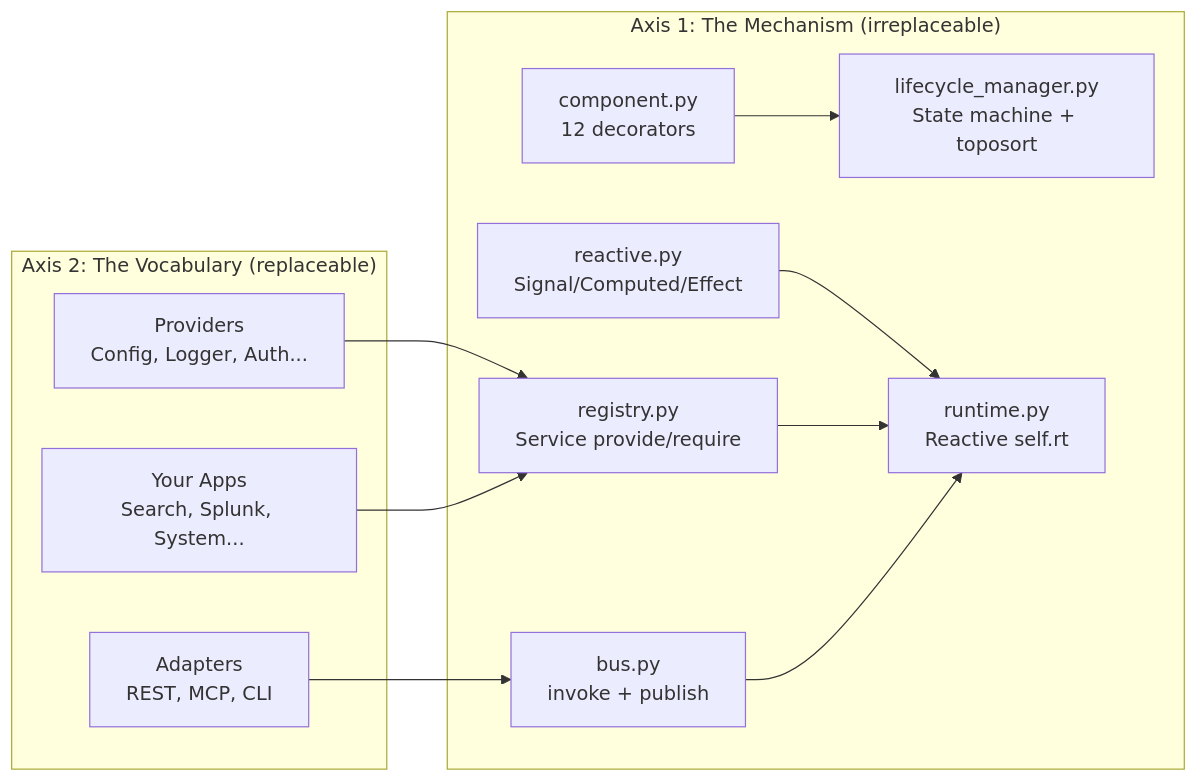
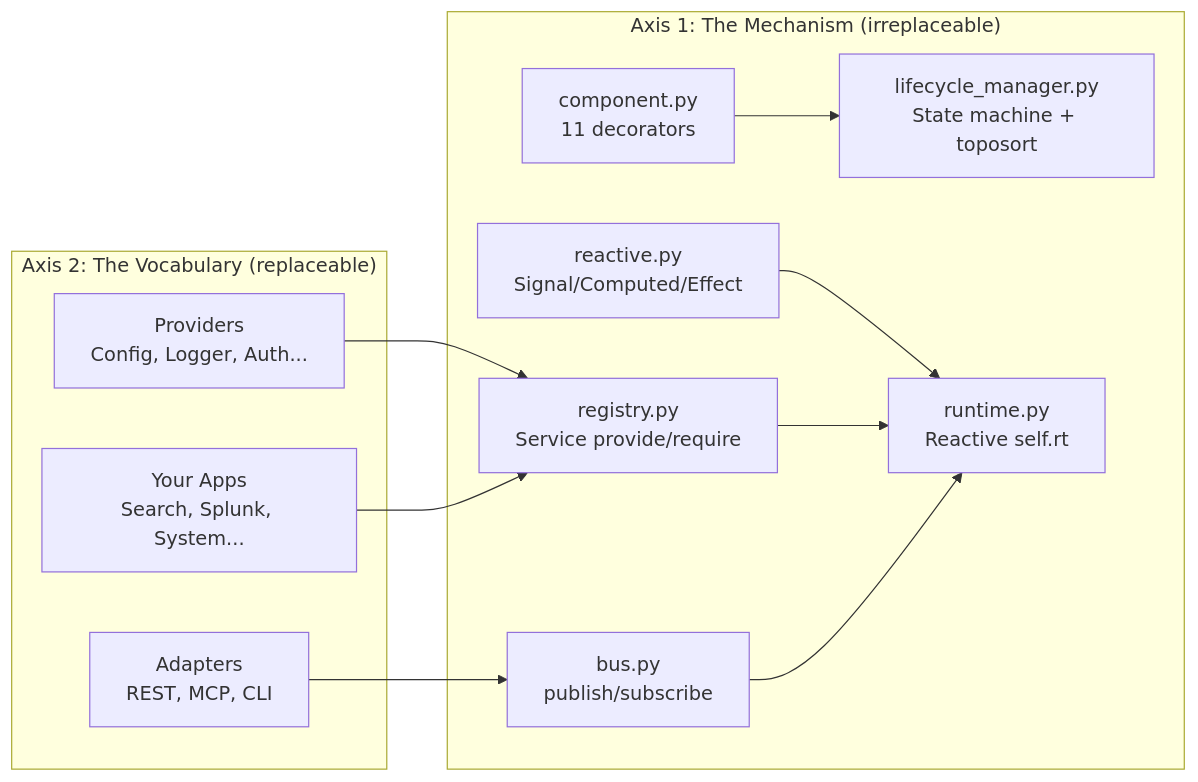
The diagram in docs/concepts/architecture.qmd (bayeslearner/plugkit), drawn with Mermaid before and after one commit. The commit also changed other lines of this file and 43 other files, not shown here.

First line of the commit message:
feat: implement spec 011 — eliminate bus.invoke, direct dispatch

````diff
--- a/docs/concepts/architecture.qmd
+++ b/docs/concepts/architecture.qmd
@@ -28,25 +28,25 @@
 ```{mermaid}
 graph LR
     subgraph "Axis 1: The Mechanism (irreplaceable)"
         R[reactive.py<br/>Signal/Computed/Effect]
-        C[component.py<br/>12 decorators]
+        C[component.py<br/>11 decorators]
         L[lifecycle_manager.py<br/>State machine + toposort]
         REG[registry.py<br/>Service provide/require]
-        B[bus.py<br/>invoke + publish]
+        B[bus.py<br/>publish/subscribe]
         RT[runtime.py<br/>Reactive self.rt]
     end
 
     subgraph "Axis 2: The Vocabulary (replaceable)"
         P[Providers<br/>Config, Logger, Auth...]
         A[Adapters<br/>REST, MCP, CLI]
         U[Your Apps<br/>Search, Splunk, System...]
     end
 
     R --> RT
     C --> L
     REG --> RT
     B --> RT
     P --> REG
     A --> B
     U --> REG
 ```
````
